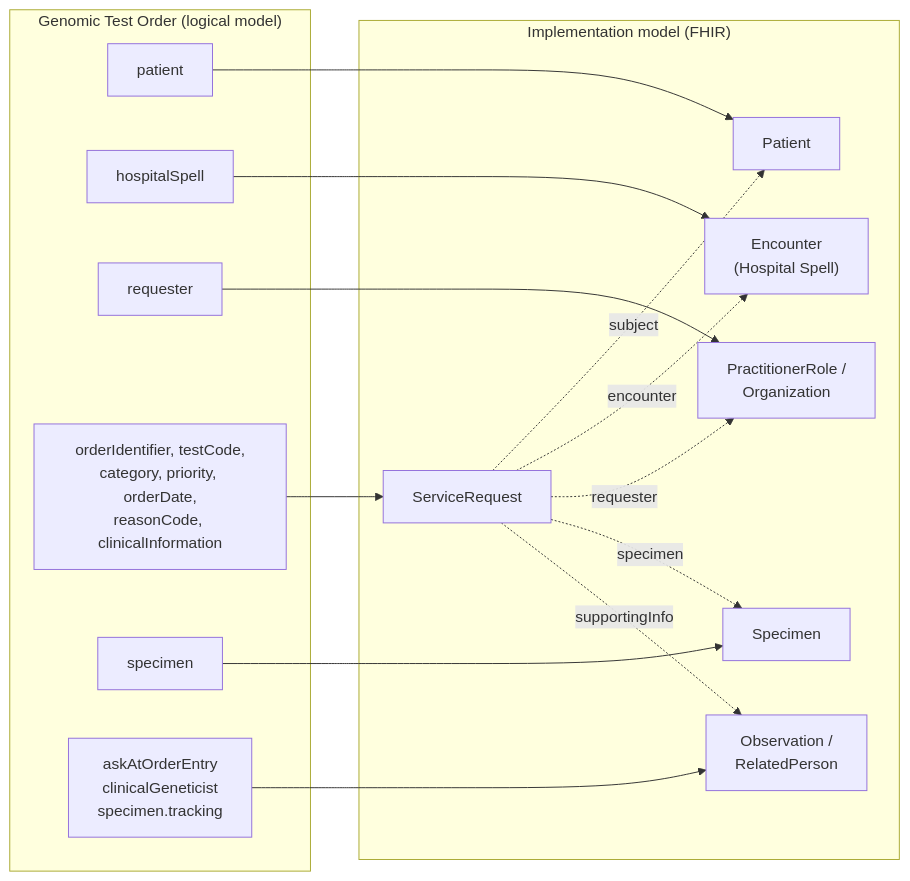
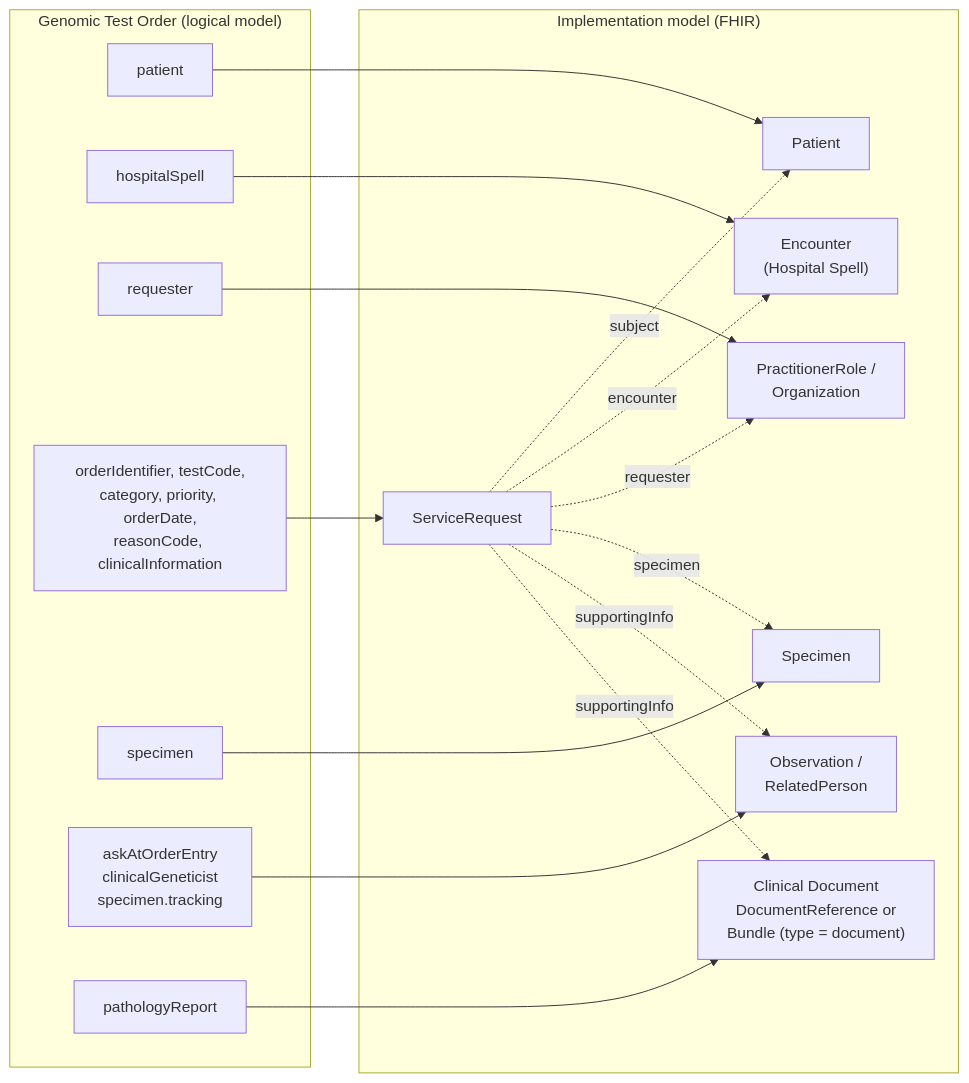
Before and after one commit to nw-gmsa/nw-gmsa.github.com: the first of 5 diagrams in input/pagecontent/StructureDefinition-GenomicTestOrder-notes.md, drawn with Mermaid. The commit also changed other lines of this file and 5 other files, not shown here.

````diff
--- a/input/pagecontent/StructureDefinition-GenomicTestOrder-notes.md
+++ b/input/pagecontent/StructureDefinition-GenomicTestOrder-notes.md
@@ -8,33 +8,37 @@
 ```mermaid
 flowchart LR
     subgraph LM["Genomic Test Order (logical model)"]
         LP["patient"]
         LH["hospitalSpell"]
         LRQ["requester"]
         LW["orderIdentifier, testCode,<br/>category, priority, orderDate,<br/>reasonCode, clinicalInformation"]
         LS["specimen"]
         LA["askAtOrderEntry<br/>clinicalGeneticist<br/>specimen.tracking"]
+        LPR["pathologyReport"]
     end
 
     subgraph IM["Implementation model (FHIR)"]
         PAT["Patient"]
         ENC["Encounter<br/>(Hospital Spell)"]
         PR["PractitionerRole /<br/>Organization"]
         SR["ServiceRequest"]
         SPEC["Specimen"]
         OBS["Observation /<br/>RelatedPerson"]
+        DOC["Clinical Document<br/>DocumentReference or<br/>Bundle (type = document)"]
     end
 
     LP --> PAT
     LH --> ENC
     LRQ --> PR
     LW --> SR
     LS --> SPEC
     LA --> OBS
+    LPR --> DOC
 
     SR -. subject .-> PAT
     SR -. encounter .-> ENC
     SR -. requester .-> PR
     SR -. specimen .-> SPEC
     SR -. supportingInfo .-> OBS
+    SR -. supportingInfo .-> DOC
 ```
````
